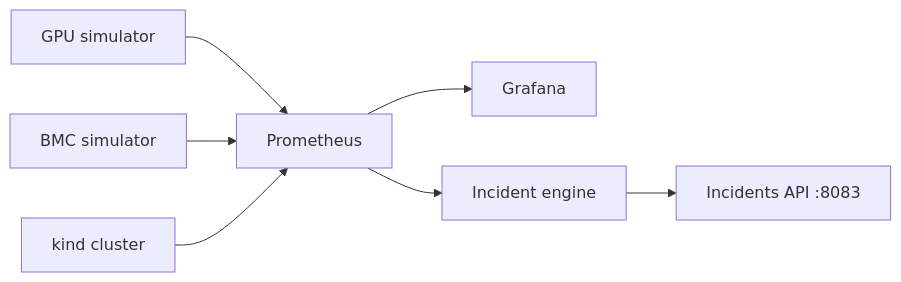
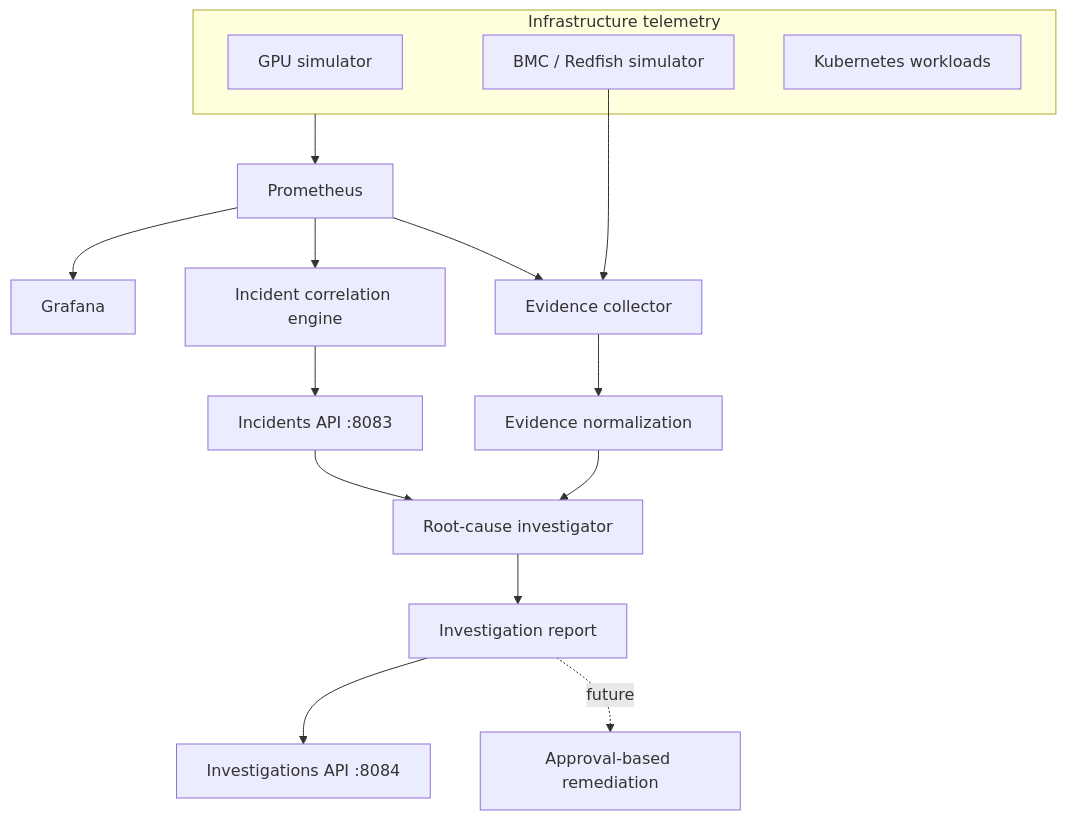
Before and after one commit to anil-debug/rackpilot-ai: the diagram in Readme.md, drawn with Mermaid. The commit also changed other lines of this file and 65 other files, not shown here.

````diff
--- a/Readme.md
+++ b/Readme.md
@@ -47,9 +37,20 @@
 ```mermaid
-flowchart LR
-  GPU[GPU simulator] --> Prom[Prometheus]
-  BMC[BMC simulator] --> Prom
-  K8s[kind cluster] --> Prom
+flowchart TB
+  subgraph telem [Infrastructure telemetry]
+    GPU[GPU simulator]
+    BMC[BMC / Redfish simulator]
+    K8s[Kubernetes workloads]
+  end
+  telem --> Prom[Prometheus]
   Prom --> Graf[Grafana]
-  Prom --> Eng[Incident engine]
-  Eng --> API[Incidents API :8083]
+  Prom --> Eng[Incident correlation engine]
+  Eng --> IncAPI[Incidents API :8083]
+  IncAPI --> Inv[Root-cause investigator]
+  Prom --> EvC[Evidence collector]
+  BMC --> EvC
+  EvC --> Norm[Evidence normalization]
+  Norm --> Inv
+  Inv --> Rep[Investigation report]
+  Rep --> InvAPI[Investigations API :8084]
+  Rep -.->|future| Rem[Approval-based remediation]
 ```
````
